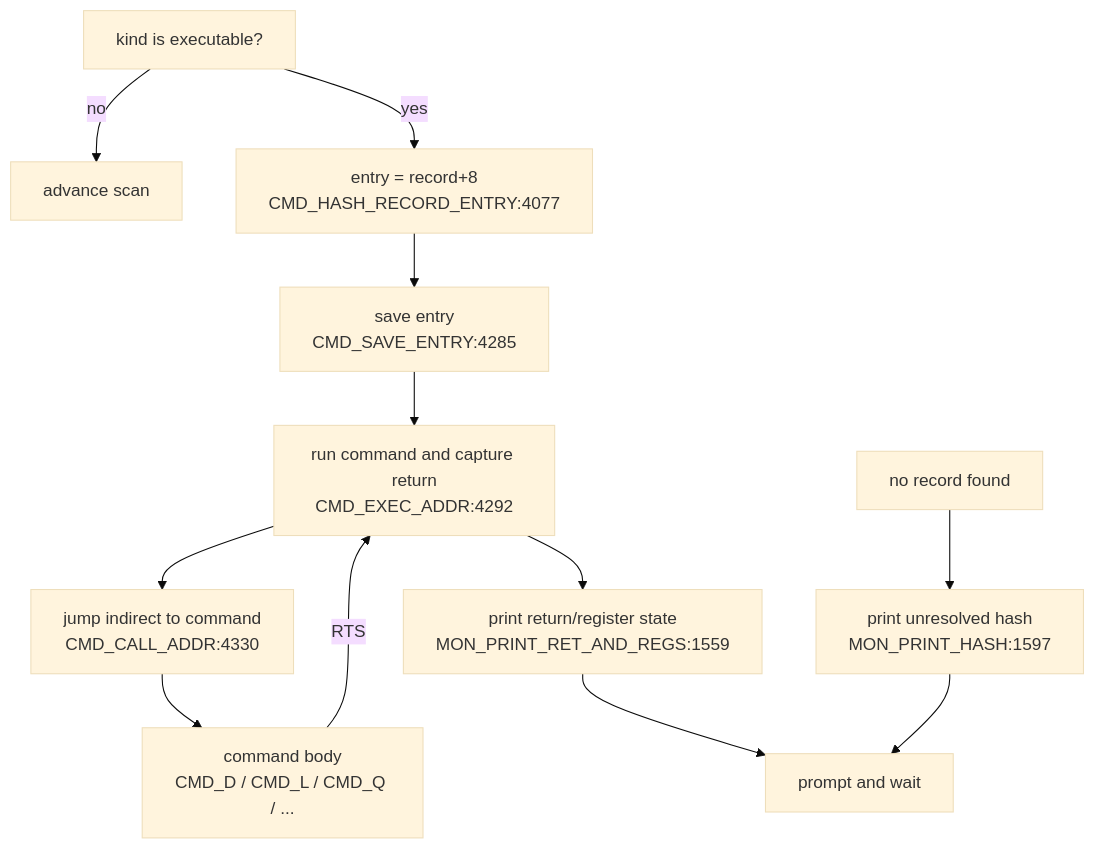
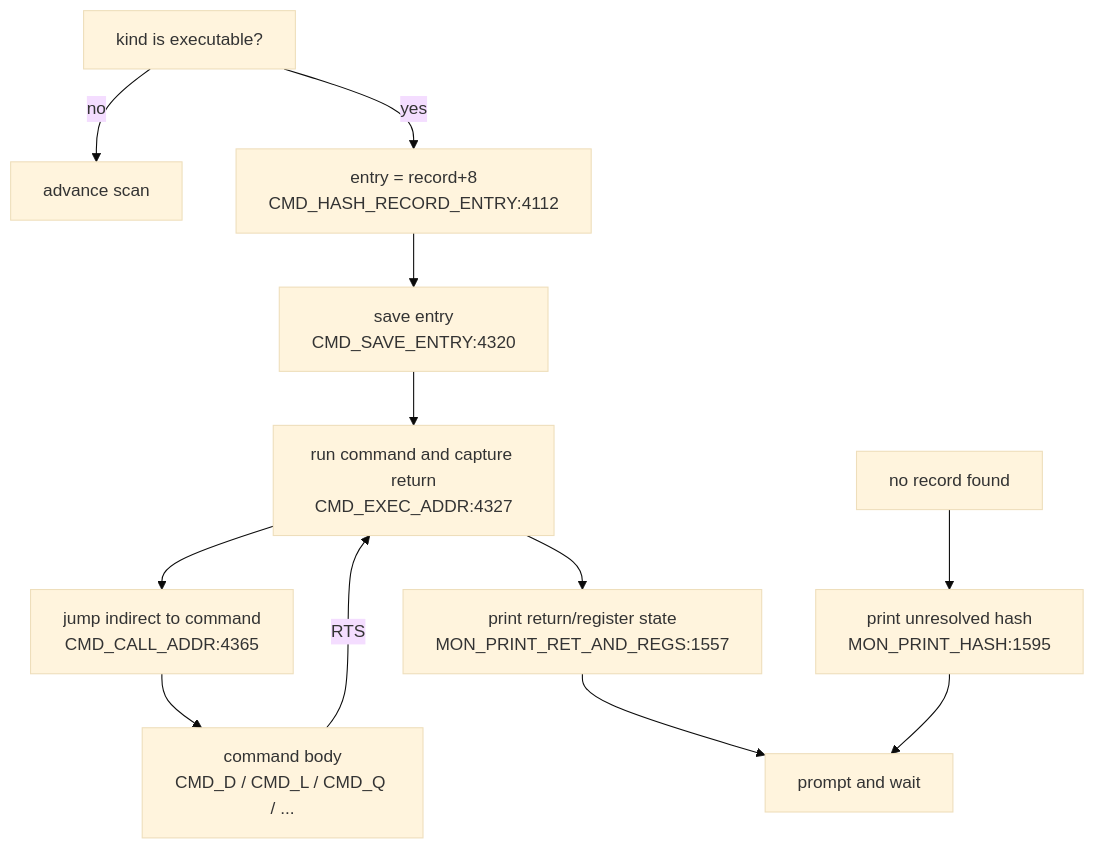
One commit to 95westus/R-YORS changed the fourth of 4 diagrams in DOC/GENERATED/CMD_FLOW_MAP.md. Above: the diagram before and after it, drawn with Mermaid (base theme). The commit also changed other lines of this file and 29 other files, not shown here.

````diff
--- a/DOC/GENERATED/CMD_FLOW_MAP.md
+++ b/DOC/GENERATED/CMD_FLOW_MAP.md
@@ -58,14 +58,14 @@
 ```mermaid
 flowchart TD
     EXECOK["kind is executable?"] -->|no| ADV["advance scan"]
-    EXECOK -->|yes| ENTRY["entry = record+8<br/>CMD_HASH_RECORD_ENTRY:4077"]
-    ENTRY --> SAVEENTRY["save entry<br/>CMD_SAVE_ENTRY:4285"]
-    SAVEENTRY --> RUN["run command and capture return<br/>CMD_EXEC_ADDR:4292"]
-    RUN --> CALL["jump indirect to command<br/>CMD_CALL_ADDR:4330"]
+    EXECOK -->|yes| ENTRY["entry = record+8<br/>CMD_HASH_RECORD_ENTRY:4112"]
+    ENTRY --> SAVEENTRY["save entry<br/>CMD_SAVE_ENTRY:4320"]
+    SAVEENTRY --> RUN["run command and capture return<br/>CMD_EXEC_ADDR:4327"]
+    RUN --> CALL["jump indirect to command<br/>CMD_CALL_ADDR:4365"]
     CALL --> BODY["command body<br/>CMD_D / CMD_L / CMD_Q / ..."]
     BODY -->|RTS| RUN
-    RUN --> RETPRINT["print return/register state<br/>MON_PRINT_RET_AND_REGS:1559"]
+    RUN --> RETPRINT["print return/register state<br/>MON_PRINT_RET_AND_REGS:1557"]
     RETPRINT --> LOOP["prompt and wait"]
-    MISS["no record found"] --> PRHASH["print unresolved hash<br/>MON_PRINT_HASH:1597"]
+    MISS["no record found"] --> PRHASH["print unresolved hash<br/>MON_PRINT_HASH:1595"]
     PRHASH --> LOOP
 ```
````
